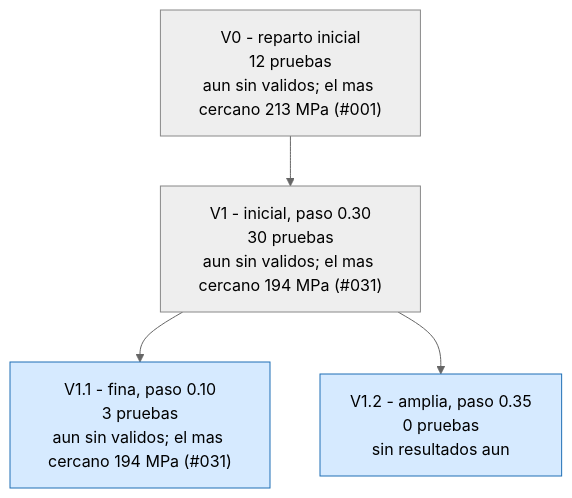
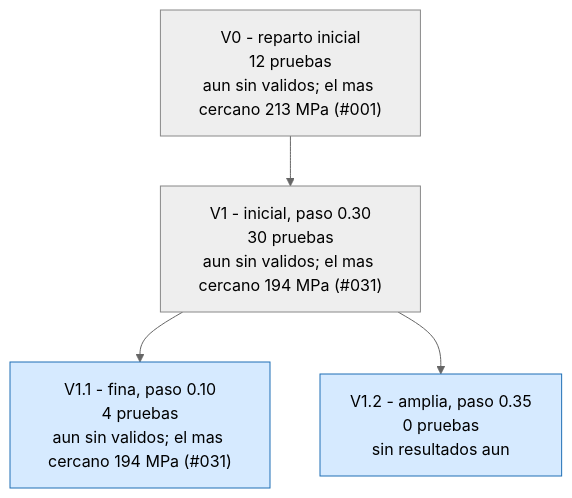
The first of 3 diagrams in runs/opt_37800N/ARBOL.md (Hugiko/msd-soporte-optimizacion), drawn with Mermaid (neutral theme) before and after one commit. The commit also changed 20 other files, not shown here.

````diff
--- a/runs/opt_37800N/ARBOL.md
+++ b/runs/opt_37800N/ARBOL.md
@@ -9,13 +9,13 @@
 ```mermaid
 graph TD
 classDef activa fill:#d6eaff,stroke:#1f6fb5,color:#000
 classDef fin fill:#eeeeee,stroke:#888,color:#000
 classDef mejor fill:#c8f0c0,stroke:#1a9850,stroke-width:4px,color:#000
 V0["V0 - reparto inicial<br/>12 pruebas<br/>aun sin validos; el mas cercano 213 MPa (#001)"]:::fin
 V1["V1 - inicial, paso 0.30<br/>30 pruebas<br/>aun sin validos; el mas cercano 194 MPa (#031)"]:::fin
 V0 --> V1
-V1_1["V1.1 - fina, paso 0.10<br/>3 pruebas<br/>aun sin validos; el mas cercano 194 MPa (#031)"]:::activa
+V1_1["V1.1 - fina, paso 0.10<br/>4 pruebas<br/>aun sin validos; el mas cercano 194 MPa (#031)"]:::activa
 V1 --> V1_1
 V1_2["V1.2 - amplia, paso 0.35<br/>0 pruebas<br/>sin resultados aun"]:::activa
 V1 --> V1_2
 ```
````
